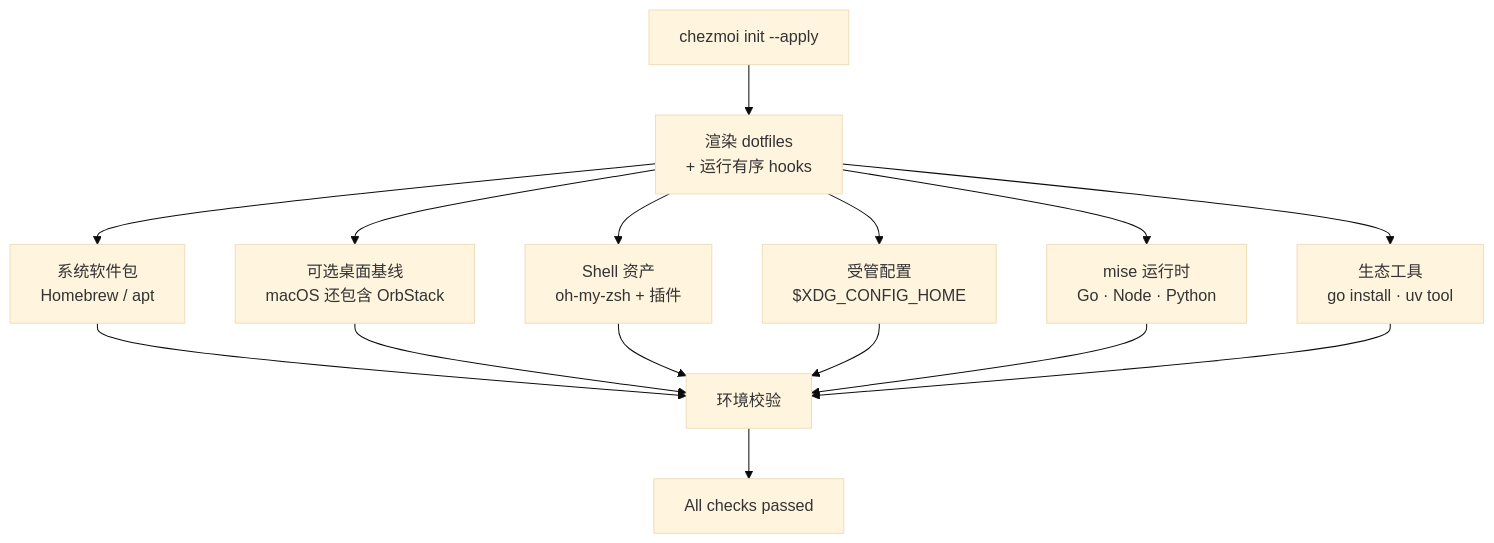
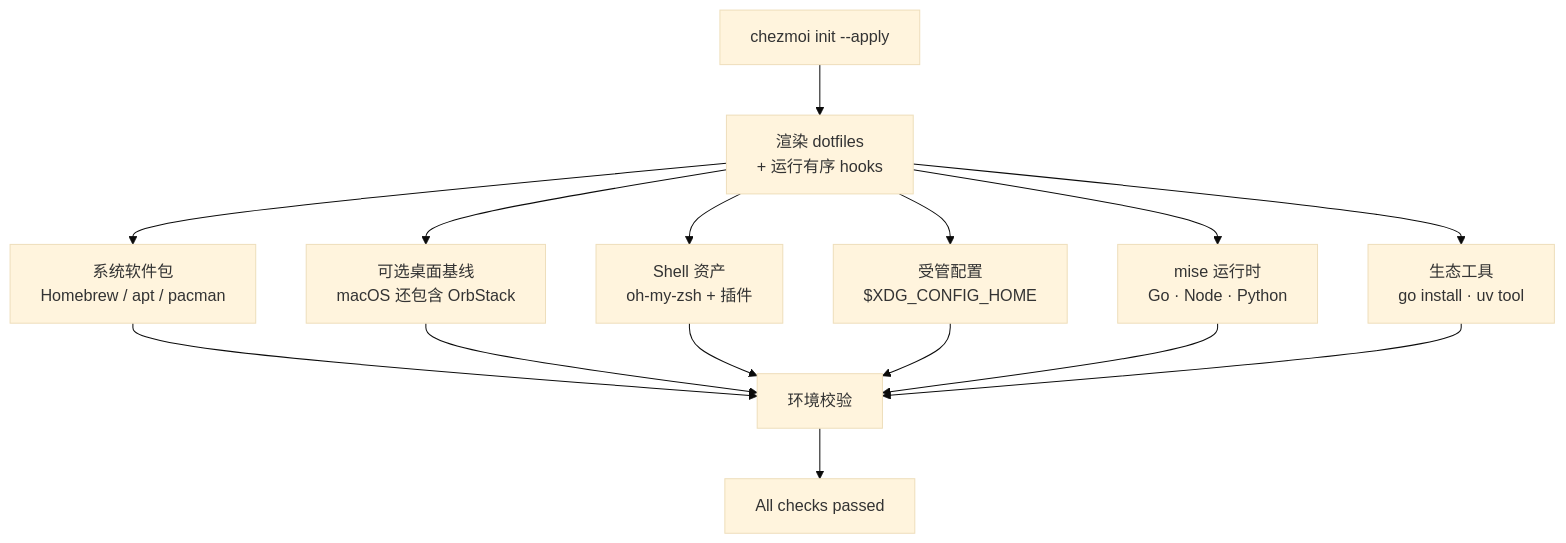
One commit to kangmingxuan/oh-my-devenv changed the diagram in README.zh.md. Above: the diagram before and after it, drawn with Mermaid (base theme). The commit also changed other lines of this file and 25 other files, not shown here.

````diff
--- a/README.zh.md
+++ b/README.zh.md
@@ -30,17 +30,17 @@
 ```mermaid
 flowchart TD
     A["chezmoi init --apply"] --> B["渲染 dotfiles<br/>+ 运行有序 hooks"]
-    B --> C["系统软件包<br/>Homebrew / apt"]
+    B --> C["系统软件包<br/>Homebrew / apt / pacman"]
     B --> D["可选桌面基线<br/>macOS 还包含 OrbStack"]
     B --> E["Shell 资产<br/>oh-my-zsh + 插件"]
     B --> X["受管配置<br/>$XDG_CONFIG_HOME"]
     B --> F["mise 运行时<br/>Go · Node · Python"]
     B --> G["生态工具<br/>go install · uv tool"]
     C --> H["环境校验"]
     D --> H
     E --> H
     X --> H
     F --> H
     G --> H
     H --> I["All checks passed"]
 ```
````
